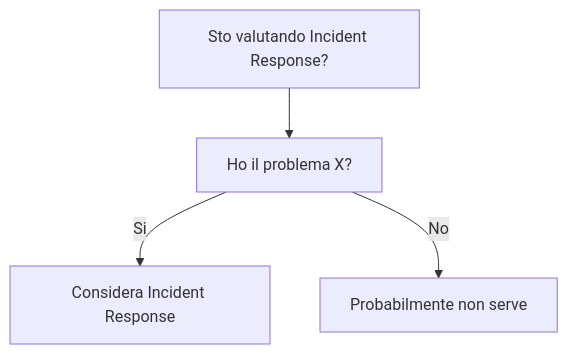
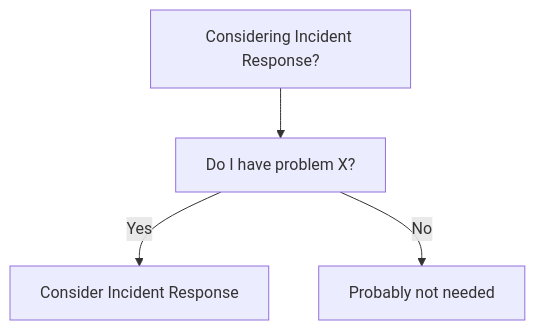
The diagram in dev-wiki/12_Observability/Incident_Response/When_To_Use.md (HxT9/Software-Dev-Wiki), drawn with Mermaid before and after one commit. The commit also changed other lines of this file and 3444 other files, not shown here.

````diff
--- a/dev-wiki/12_Observability/Incident_Response/When_To_Use.md
+++ b/dev-wiki/12_Observability/Incident_Response/When_To_Use.md
@@ -19,6 +19,6 @@
 ```mermaid
 flowchart TD
-  Q[Sto valutando Incident Response?] --> Q1[Ho il problema X?]
-  Q1 -->|Si| OK[Considera Incident Response]
-  Q1 -->|No| NO[Probabilmente non serve]
+  Q[Considering Incident Response?] --> Q1[Do I have problem X?]
+  Q1 -->|Yes| OK[Consider Incident Response]
+  Q1 -->|No| NO[Probably not needed]
 ```
````
